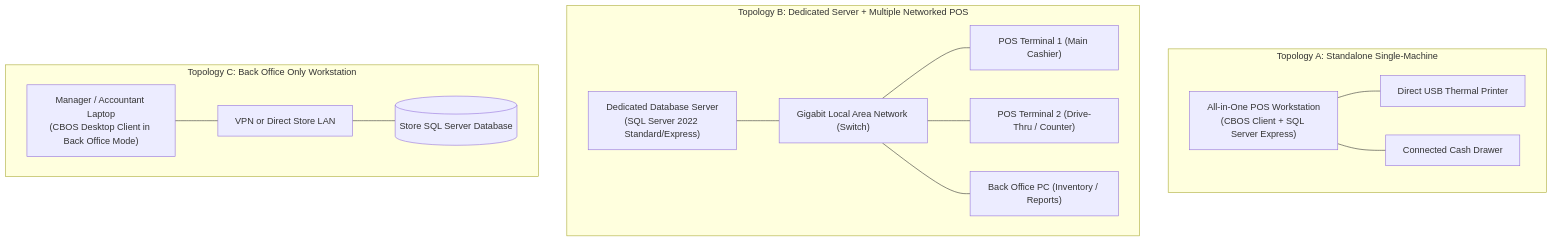
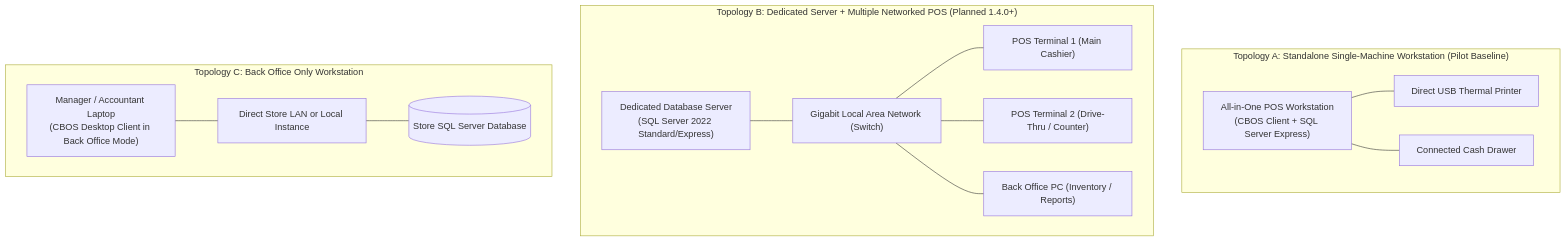
Before and after one commit to NadeemKhanLDR/Clovent-Business-Operating-System: the diagram in docs/deployment/topologies.md, drawn with Mermaid. The commit also changed other lines of this file and 35 other files, not shown here.

First line of the commit message:
docs: reconcile documentation with canonical CBOS roadmap and establish permanent engineering rules

````diff
--- a/docs/deployment/topologies.md
+++ b/docs/deployment/topologies.md
@@ -17,27 +17,27 @@
 ```mermaid
 flowchart TD
-    subgraph TopologyA["Topology A: Standalone Single-Machine"]
+    subgraph TopologyA["Topology A: Standalone Single-Machine Workstation (Pilot Baseline)"]
         A_PC["All-in-One POS Workstation<br/>(CBOS Client + SQL Server Express)"]
         A_Printer["Direct USB Thermal Printer"]
         A_Drawer["Connected Cash Drawer"]
         A_PC --- A_Printer & A_Drawer
     end
 
-    subgraph TopologyB["Topology B: Dedicated Server + Multiple Networked POS"]
+    subgraph TopologyB["Topology B: Dedicated Server + Multiple Networked POS (Planned 1.4.0+)"]
         B_Server["Dedicated Database Server<br/>(SQL Server 2022 Standard/Express)"]
         B_Switch["Gigabit Local Area Network (Switch)"]
         B_POS1["POS Terminal 1 (Main Cashier)"]
         B_POS2["POS Terminal 2 (Drive-Thru / Counter)"]
         B_BO["Back Office PC (Inventory / Reports)"]
         
         B_Server --- B_Switch
         B_Switch --- B_POS1 & B_POS2 & B_BO
     end
 
     subgraph TopologyC["Topology C: Back Office Only Workstation"]
         C_PC["Manager / Accountant Laptop<br/>(CBOS Desktop Client in Back Office Mode)"]
-        C_LAN["VPN or Direct Store LAN"]
+        C_LAN["Direct Store LAN or Local Instance"]
         C_DB[("Store SQL Server Database")]
         C_PC --- C_LAN --- C_DB
     end
 ```
````
